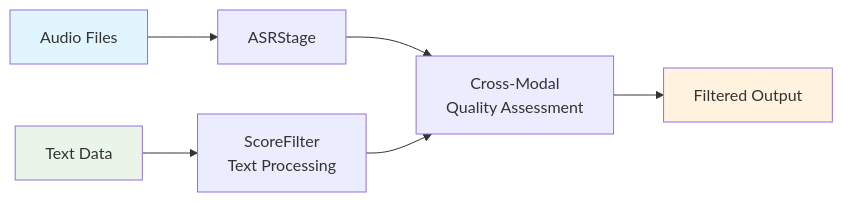
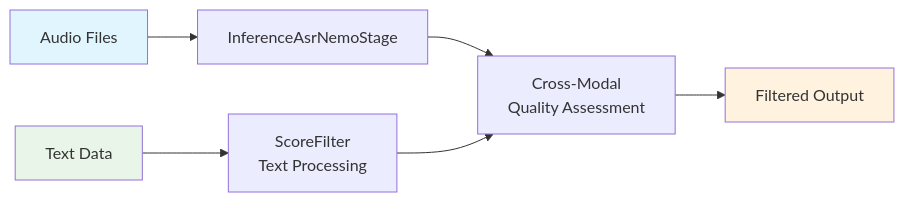
The second of 4 diagrams in fern/versions/main/pages/about/concepts/audio/text-integration.mdx (NVIDIA-NeMo/Curator), drawn with Mermaid before and after one commit. The commit also changed other lines of this file and 15 other files, not shown here.

````diff
--- a/fern/versions/main/pages/about/concepts/audio/text-integration.mdx
+++ b/fern/versions/main/pages/about/concepts/audio/text-integration.mdx
@@ -52,12 +52,12 @@
 ```mermaid
 flowchart LR
-    A[Audio Files] --> B[ASRStage]
+    A[Audio Files] --> B[InferenceAsrNemoStage]
     C[Text Data] --> D[ScoreFilter<br/>Text Processing]
     B --> E[Cross-Modal<br/>Quality Assessment]
     D --> E
     E --> F[Filtered Output]
     
     style A fill:#e1f5fe
     style C fill:#e8f5e8
     style F fill:#fff3e0
 ```
````
